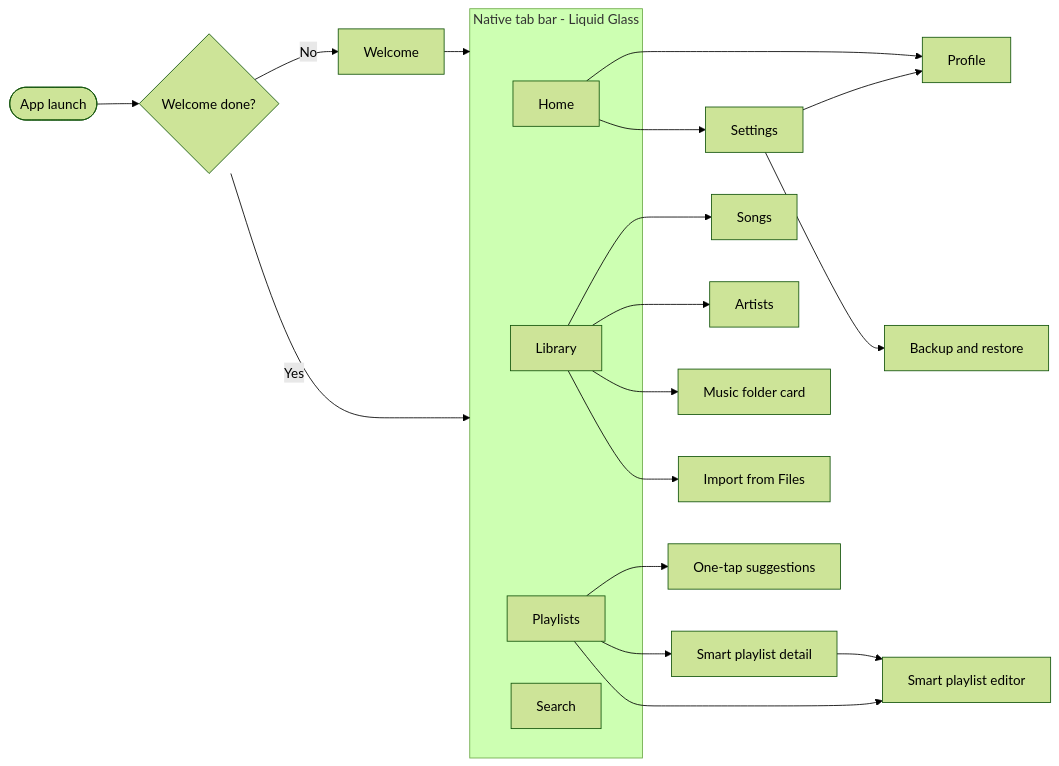
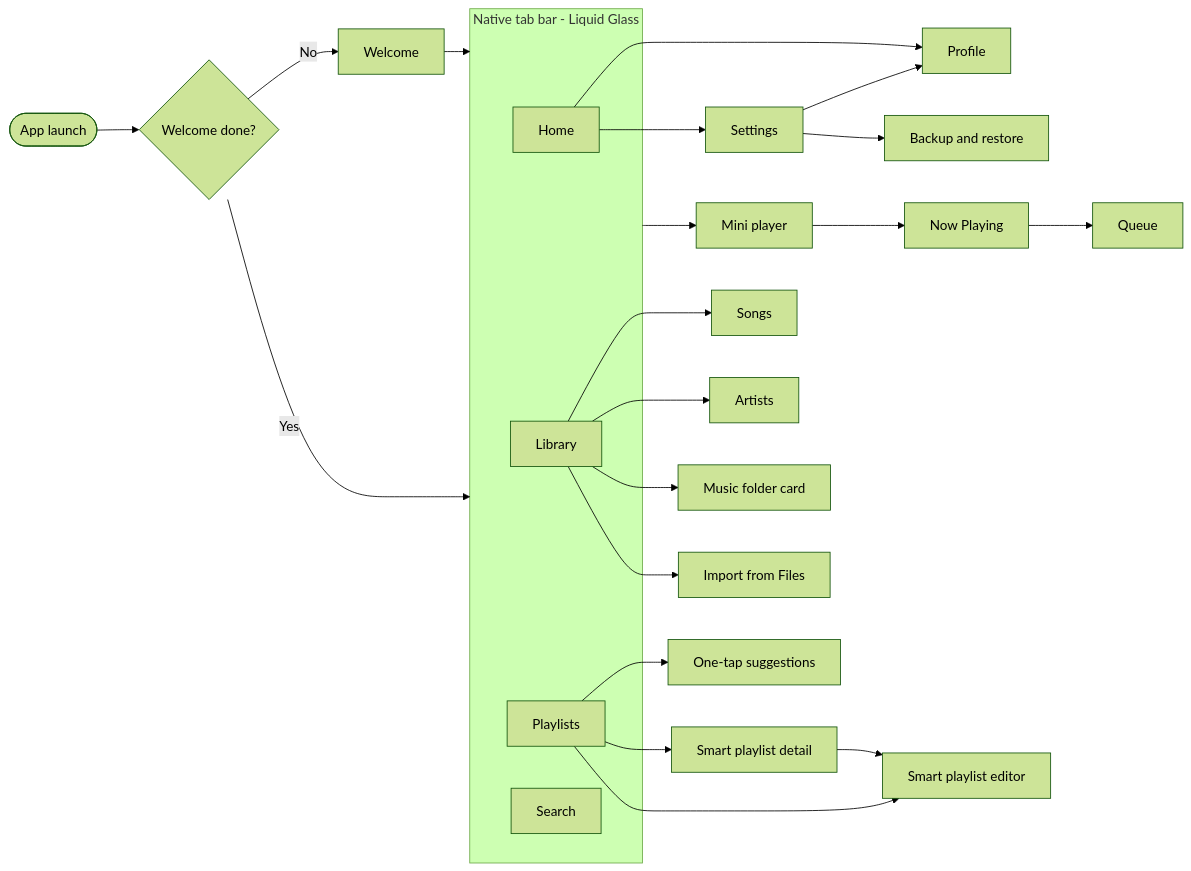
The first of 8 diagrams in docs/USER_FLOWS.md (sabrinasalomon/CoryMusic), drawn with Mermaid (forest theme) before and after one commit. The commit also changed other lines of this file and 24 other files, not shown here.

First line of the commit message:
Add Now Playing, queue and sleep timer

````diff
--- a/docs/USER_FLOWS.md
+++ b/docs/USER_FLOWS.md
@@ -7,29 +7,33 @@
 ```mermaid
 flowchart LR
     Launch([App launch]) --> First{Welcome done?}
     First -- No --> Welcome[Welcome]
     Welcome --> Tabs
     First -- Yes --> Tabs
 
     subgraph Tabs["Native tab bar - Liquid Glass"]
         T1[Home]
         T2[Library]
         T3[Playlists]
         T4[Search]
     end
+
+    Tabs --> Mini[Mini player]
+    Mini --> Player[Now Playing]
+    Player --> Queue[Queue]
 
     T1 --> Profile[Profile]
     T1 --> Settings[Settings]
     Settings --> Profile
     Settings --> Backup[Backup and restore]
 
     T2 --> Songs[Songs]
     T2 --> Artists[Artists]
     T2 --> Folder[Music folder card]
     T2 --> Import[Import from Files]
 
     T3 --> Suggestions[One-tap suggestions]
     T3 --> Detail[Smart playlist detail]
     T3 --> Editor[Smart playlist editor]
     Detail --> Editor
 ```
````
